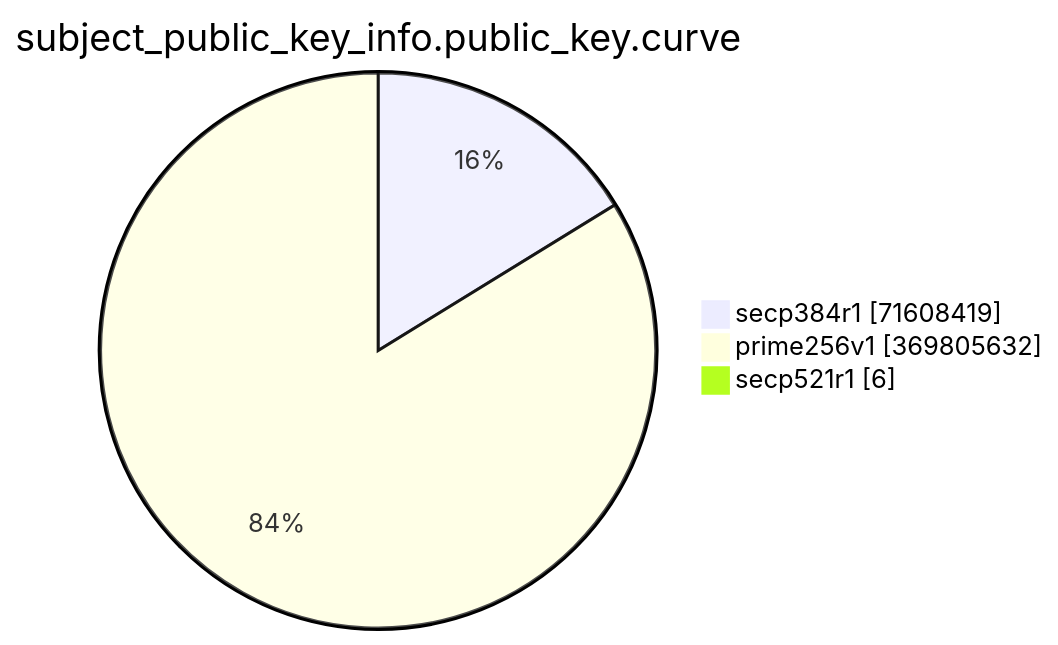
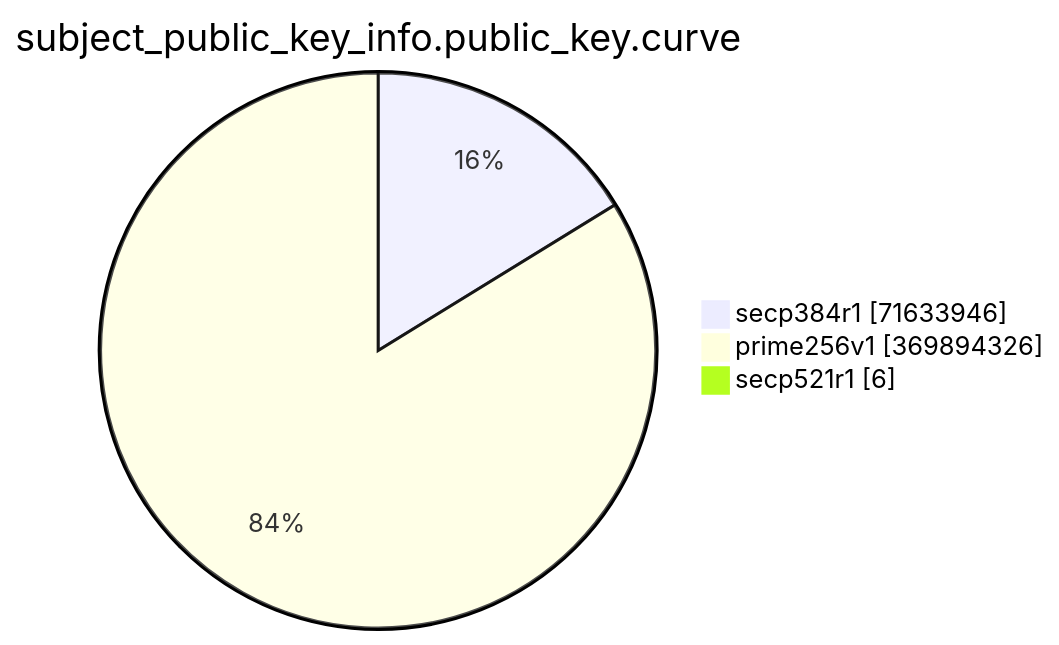
Before and after one commit to christiankrug/ctmonitor_visualization: the eighth of 15 diagrams in TOTAL/README.md, drawn with Mermaid. The commit also changed other lines of this file, not shown here.

````diff
--- a/TOTAL/README.md
+++ b/TOTAL/README.md
@@ -3092,7 +3092,7 @@
 ```mermaid
 pie showData
 title subject_public_key_info.public_key.curve
-"secp384r1" :71608419
-"prime256v1" :369805632
+"secp384r1" :71633946
+"prime256v1" :369894326
 "secp521r1" :6
 ```
````
